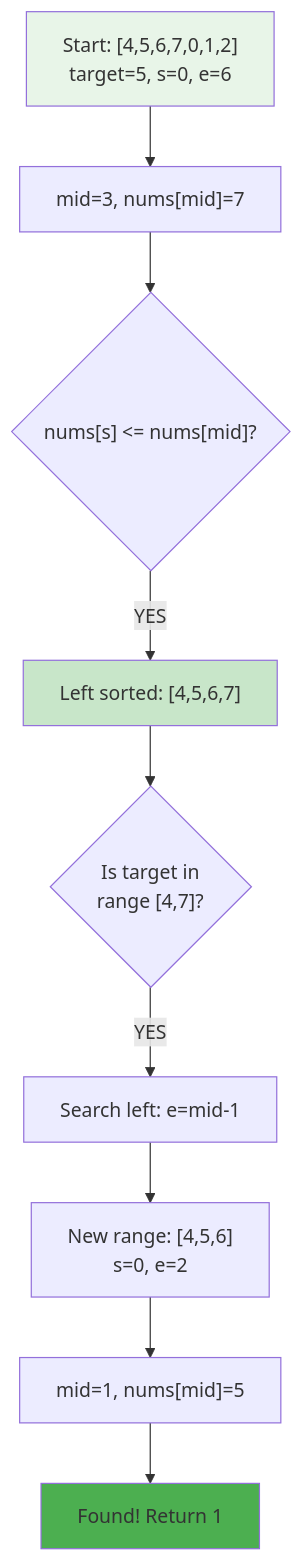
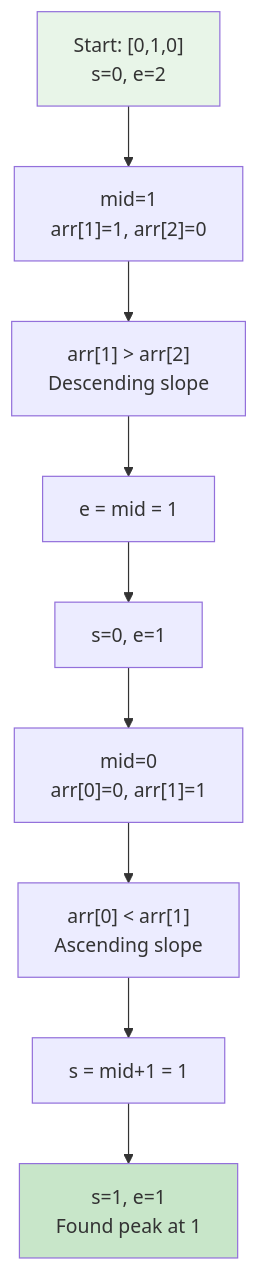
Before and after one commit to LuckyLongre123/README_RUNNER: the third of 13 diagrams in README.md, drawn with Mermaid. The commit also changed other lines of this file, not shown here.

````diff
--- a/README.md
+++ b/README.md
@@ -84,15 +94,14 @@
 ```mermaid
 flowchart TD
-    A["Start: [4,5,6,7,0,1,2]<br/>target=5, s=0, e=6"] --> B["mid=3, nums[mid]=7"]
-    B --> C{"nums[s] <= nums[mid]?"}
-    C -->|YES| D["Left sorted: [4,5,6,7]"]
-    D --> E{"Is target in<br/>range [4,7]?"}
-    E -->|YES| F["Search left: e=mid-1"]
-    F --> G["New range: [4,5,6]<br/>s=0, e=2"]
-    G --> H["mid=1, nums[mid]=5"]
-    H --> I["Found! Return 1"]
+    A["Start: [0,1,0]<br/>s=0, e=2"] --> B["mid=1<br/>arr[1]=1, arr[2]=0"]
+    B --> C["arr[1] > arr[2]<br/>Descending slope"]
+    C --> D["e = mid = 1"]
+    D --> E["s=0, e=1"]
+    E --> F["mid=0<br/>arr[0]=0, arr[1]=1"]
+    F --> G["arr[0] < arr[1]<br/>Ascending slope"]
+    G --> H["s = mid+1 = 1"]
+    H --> I["s=1, e=1<br/>Found peak at 1"]
     
     style A fill:#e8f5e8
-    style D fill:#c8e6c9
-    style I fill:#4caf50
+    style I fill:#c8e6c9
 ```
````
